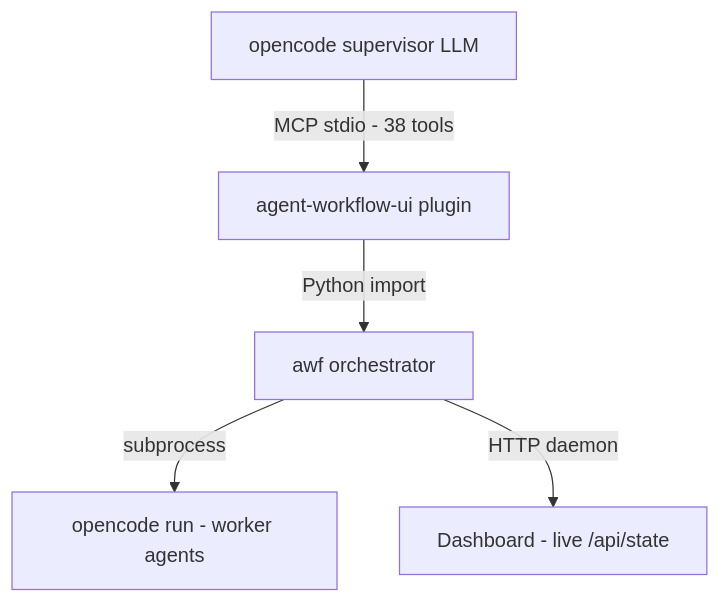
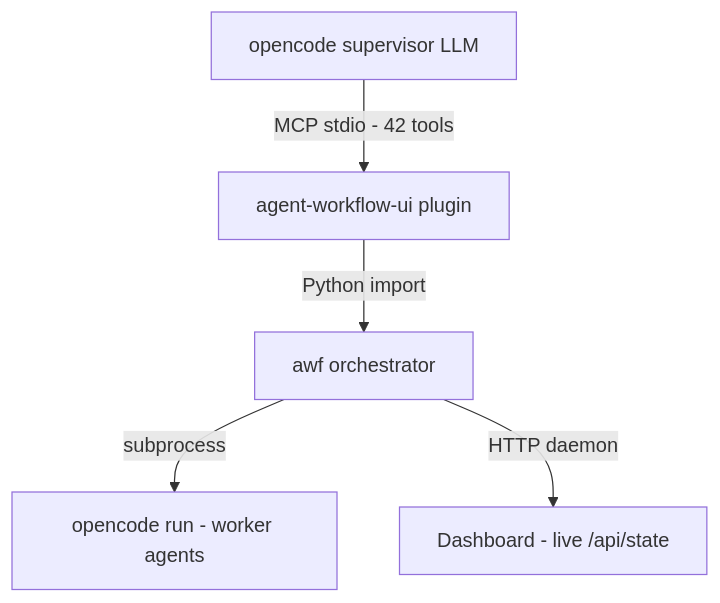
The second of 2 diagrams in README.md (EnerJizeIT/agentic-workflow), drawn with Mermaid before and after one commit. The commit also changed other lines of this file and 24 other files, not shown here.

````diff
--- a/README.md
+++ b/README.md
@@ -100,7 +100,7 @@
 ```mermaid
 graph TD
-    A[opencode supervisor LLM] -->|MCP stdio - 38 tools| B[agent-workflow-ui plugin]
+    A[opencode supervisor LLM] -->|MCP stdio - 42 tools| B[agent-workflow-ui plugin]
     B -->|Python import| C[awf orchestrator]
     C -->|subprocess| D[opencode run - worker agents]
     C -->|HTTP daemon| E[Dashboard - live /api/state]
 ```
````
